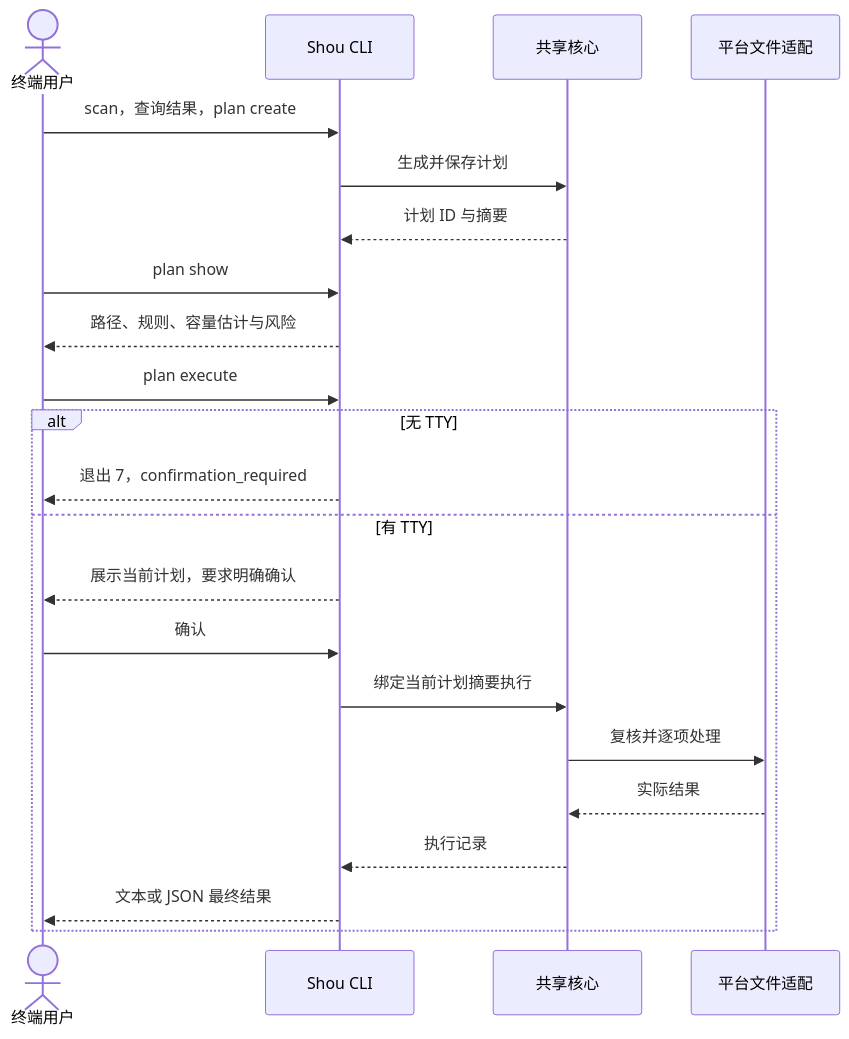
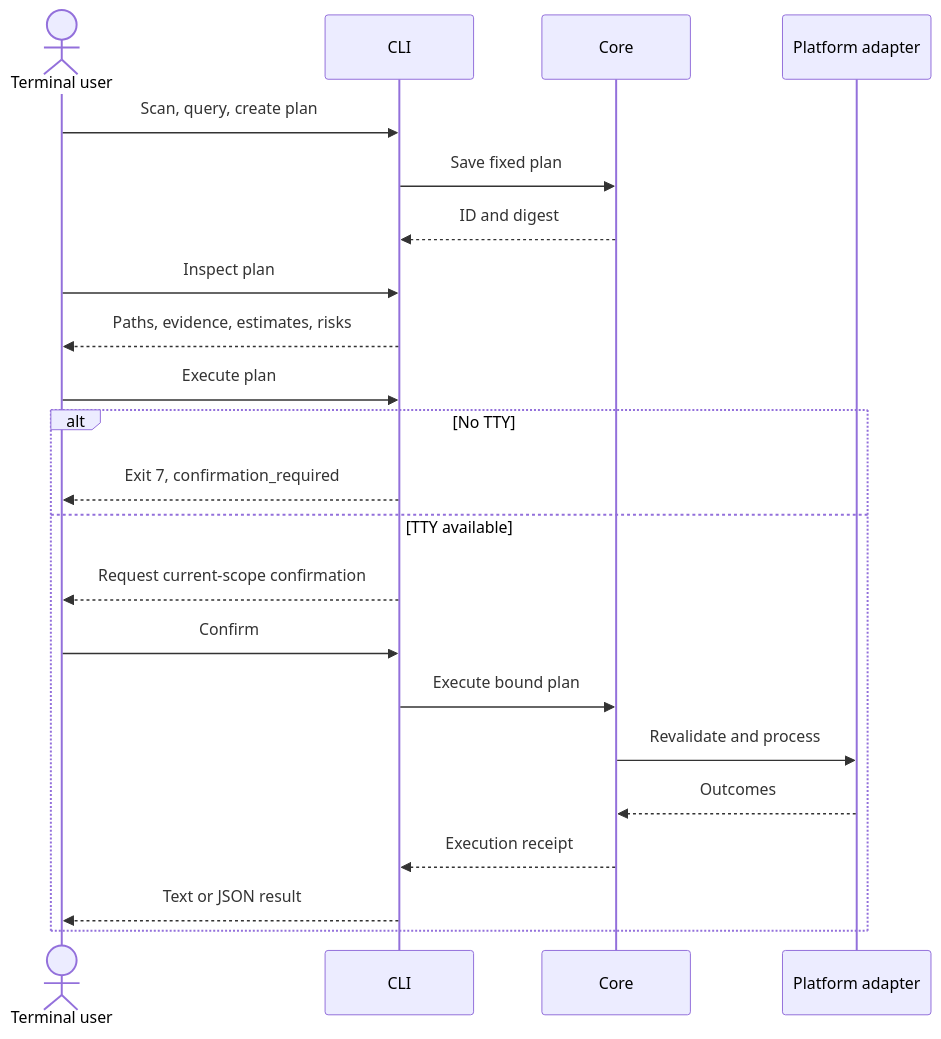
Before and after one commit to limecloud/shou: the fourth of 6 diagrams in docs/architecture/workflows-and-sequences.md, drawn with Mermaid. The commit also changed other lines of this file and 46 other files, not shown here.

````diff
--- a/docs/architecture/workflows-and-sequences.md
+++ b/docs/architecture/workflows-and-sequences.md
@@ -97,24 +99,24 @@
 ```mermaid
 sequenceDiagram
-    actor User as 终端用户
-    participant CLI as Shou CLI
-    participant Core as 共享核心
-    participant FS as 平台文件适配
-    User->>CLI: scan，查询结果，plan create
-    CLI->>Core: 生成并保存计划
-    Core-->>CLI: 计划 ID 与摘要
-    User->>CLI: plan show
-    CLI-->>User: 路径、规则、容量估计与风险
-    User->>CLI: plan execute
-    alt 无 TTY
-        CLI-->>User: 退出 7，confirmation_required
-    else 有 TTY
-        CLI-->>User: 展示当前计划，要求明确确认
-        User->>CLI: 确认
-        CLI->>Core: 绑定当前计划摘要执行
-        Core->>FS: 复核并逐项处理
-        FS-->>Core: 实际结果
-        Core-->>CLI: 执行记录
-        CLI-->>User: 文本或 JSON 最终结果
+    actor User as Terminal user
+    participant CLI
+    participant Core
+    participant FS as Platform adapter
+    User->>CLI: Scan, query, create plan
+    CLI->>Core: Save fixed plan
+    Core-->>CLI: ID and digest
+    User->>CLI: Inspect plan
+    CLI-->>User: Paths, evidence, estimates, risks
+    User->>CLI: Execute plan
+    alt No TTY
+        CLI-->>User: Exit 7, confirmation_required
+    else TTY available
+        CLI-->>User: Request current-scope confirmation
+        User->>CLI: Confirm
+        CLI->>Core: Execute bound plan
+        Core->>FS: Revalidate and process
+        FS-->>Core: Outcomes
+        Core-->>CLI: Execution receipt
+        CLI-->>User: Text or JSON result
     end
 ```
````
